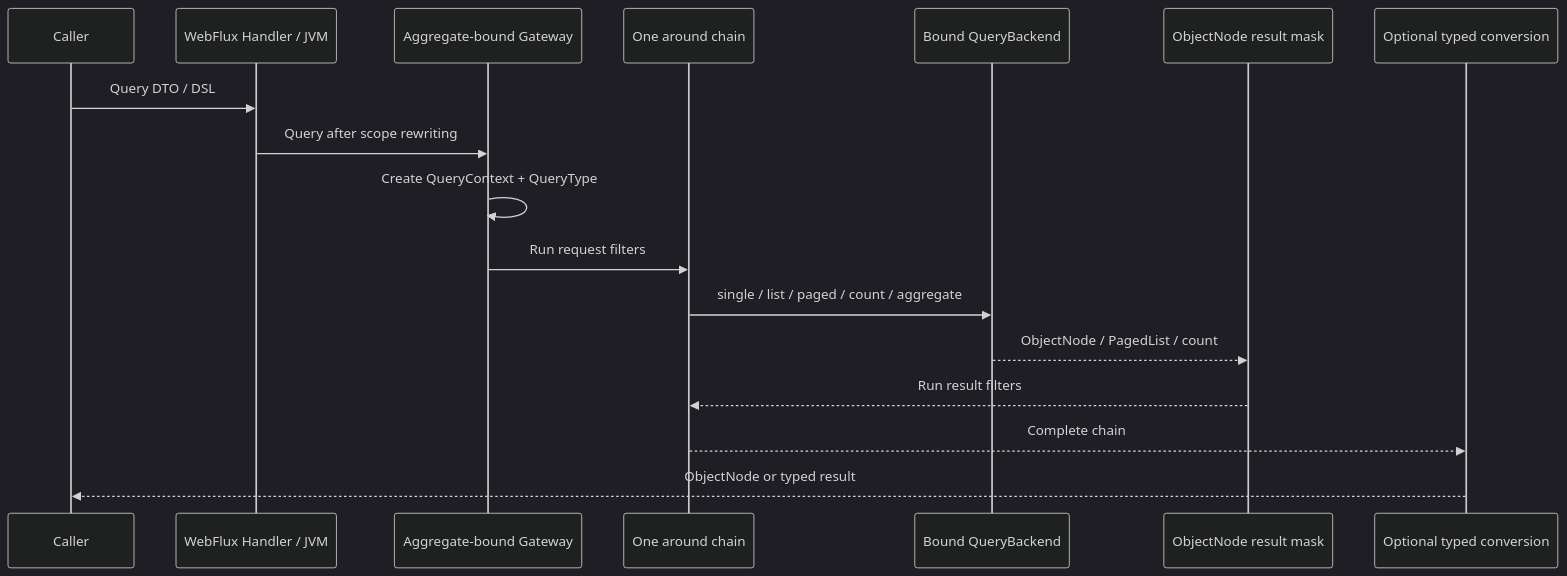
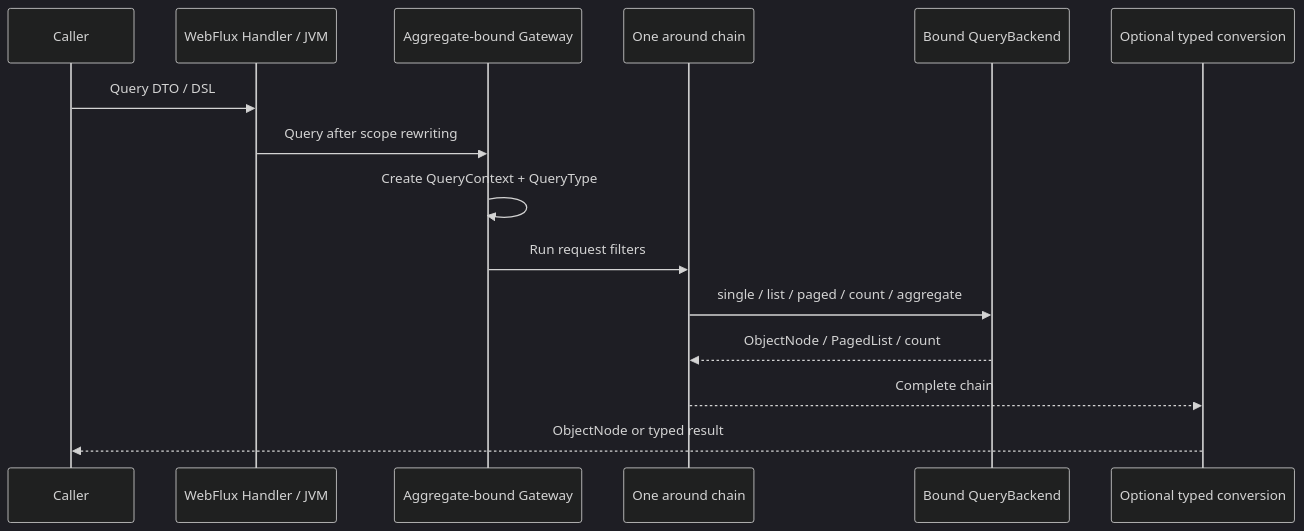
One commit to Ahoo-Wang/Wow changed the diagram in documentation/docs/en/guide/query/query-gateway.md. Above: the diagram before and after it, drawn with Mermaid (dark theme). The commit also changed other lines of this file and 29 other files, not shown here.

````diff
--- a/documentation/docs/en/guide/query/query-gateway.md
+++ b/documentation/docs/en/guide/query/query-gateway.md
@@ -18,19 +18,17 @@
 ```mermaid
 sequenceDiagram
     participant Caller as Caller
     participant Entry as WebFlux Handler / JVM
     participant Gateway as Aggregate-bound Gateway
     participant Filters as One around chain
     participant Backend as Bound QueryBackend
-    participant Mask as ObjectNode result mask
     participant Jackson as Optional typed conversion
     Caller->>Entry: Query DTO / DSL
     Entry->>Gateway: Query after scope rewriting
     Gateway->>Gateway: Create QueryContext + QueryType
     Gateway->>Filters: Run request filters
     Filters->>Backend: single / list / paged / count / aggregate
-    Backend-->>Mask: ObjectNode / PagedList / count
-    Mask-->>Filters: Run result filters
+    Backend-->>Filters: ObjectNode / PagedList / count
     Filters-->>Jackson: Complete chain
     Jackson-->>Caller: ObjectNode or typed result
 ```
````
